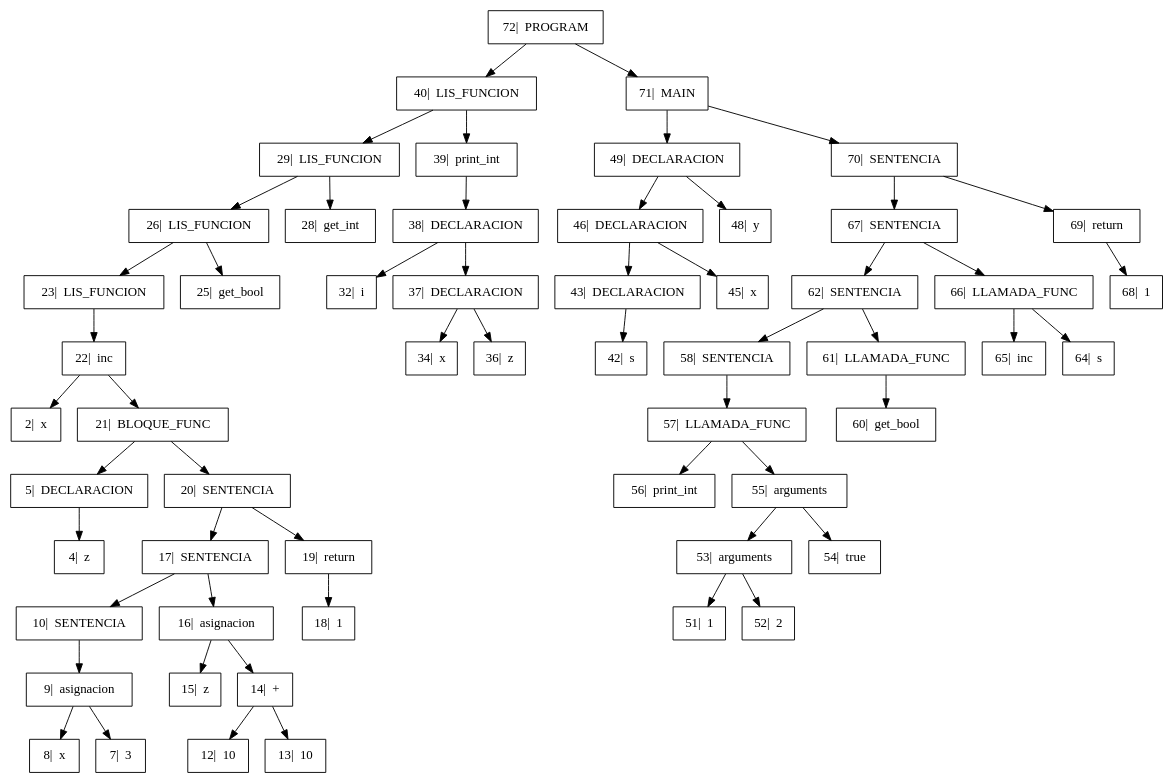
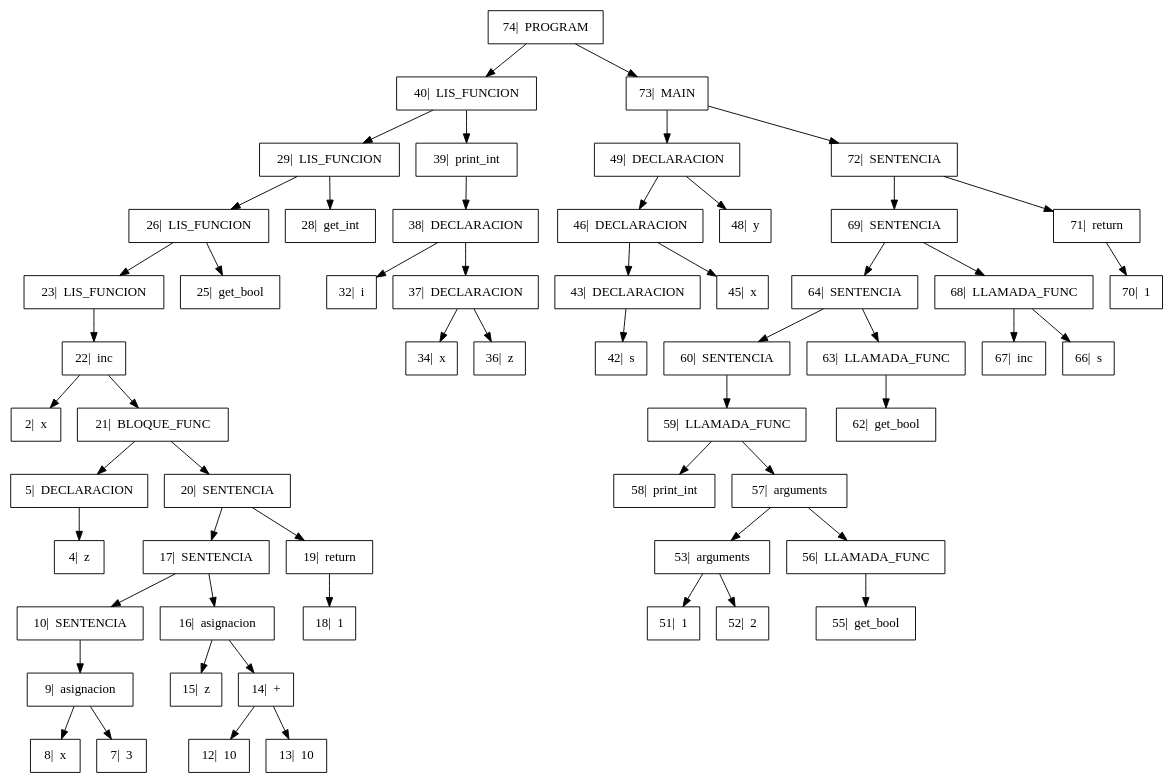
One commit to GiovA07/PRE-PROYECTO-COMPILADORES changed the diagram in Proyecto/output/Arbol.dot. Above: the diagram before and after it, drawn with Graphviz. The commit also changed 4 other files, not shown here.

```diff
--- a/Proyecto/output/Arbol.dot
+++ b/Proyecto/output/Arbol.dot
@@ -1,38 +1,39 @@
 digraph{
 
 rankdir=TB;
 
 node[shape=box];
-"72|  PROGRAM" -> "40|  LIS_FUNCION", "71|  MAIN";
+"74|  PROGRAM" -> "40|  LIS_FUNCION", "73|  MAIN";
 "40|  LIS_FUNCION" -> "29|  LIS_FUNCION", "39|  print_int";
 "29|  LIS_FUNCION" -> "26|  LIS_FUNCION", "28|  get_int";
 "26|  LIS_FUNCION" -> "23|  LIS_FUNCION", "25|  get_bool";
 "23|  LIS_FUNCION" -> "22|  inc" ;
 "22|  inc" -> "2|  x", "21|  BLOQUE_FUNC";
 "21|  BLOQUE_FUNC" -> "5|  DECLARACION", "20|  SENTENCIA";
 "5|  DECLARACION" -> "4|  z" ;
 "20|  SENTENCIA" -> "17|  SENTENCIA", "19|  return";
 "17|  SENTENCIA" -> "10|  SENTENCIA", "16|  asignacion";
 "10|  SENTENCIA" -> "9|  asignacion" ;
 "9|  asignacion" -> "8|  x", "7|  3";
 "16|  asignacion" -> "15|  z", "14|  +";
 "14|  +" -> "12|  10", "13|  10";
 "19|  return" -> "18|  1" ;
 "39|  print_int" -> "38|  DECLARACION" ;
 "38|  DECLARACION" -> "32|  i", "37|  DECLARACION";
 "37|  DECLARACION" -> "34|  x", "36|  z";
-"71|  MAIN" -> "49|  DECLARACION", "70|  SENTENCIA";
+"73|  MAIN" -> "49|  DECLARACION", "72|  SENTENCIA";
 "49|  DECLARACION" -> "46|  DECLARACION", "48|  y";
 "46|  DECLARACION" -> "43|  DECLARACION", "45|  x";
 "43|  DECLARACION" -> "42|  s" ;
-"70|  SENTENCIA" -> "67|  SENTENCIA", "69|  return";
-"67|  SENTENCIA" -> "62|  SENTENCIA", "66|  LLAMADA_FUNC";
-"62|  SENTENCIA" -> "58|  SENTENCIA", "61|  LLAMADA_FUNC";
-"58|  SENTENCIA" -> "57|  LLAMADA_FUNC" ;
-"57|  LLAMADA_FUNC" -> "56|  print_int", "55|  arguments";
-"55|  arguments" -> "53|  arguments", "54|  true";
+"72|  SENTENCIA" -> "69|  SENTENCIA", "71|  return";
+"69|  SENTENCIA" -> "64|  SENTENCIA", "68|  LLAMADA_FUNC";
+"64|  SENTENCIA" -> "60|  SENTENCIA", "63|  LLAMADA_FUNC";
+"60|  SENTENCIA" -> "59|  LLAMADA_FUNC" ;
+"59|  LLAMADA_FUNC" -> "58|  print_int", "57|  arguments";
+"57|  arguments" -> "53|  arguments", "56|  LLAMADA_FUNC";
 "53|  arguments" -> "51|  1", "52|  2";
-"61|  LLAMADA_FUNC" -> "60|  get_bool" ;
-"66|  LLAMADA_FUNC" -> "65|  inc", "64|  s";
-"69|  return" -> "68|  1" ;
+"56|  LLAMADA_FUNC" -> "55|  get_bool" ;
+"63|  LLAMADA_FUNC" -> "62|  get_bool" ;
+"68|  LLAMADA_FUNC" -> "67|  inc", "66|  s";
+"71|  return" -> "70|  1" ;
 }
```
